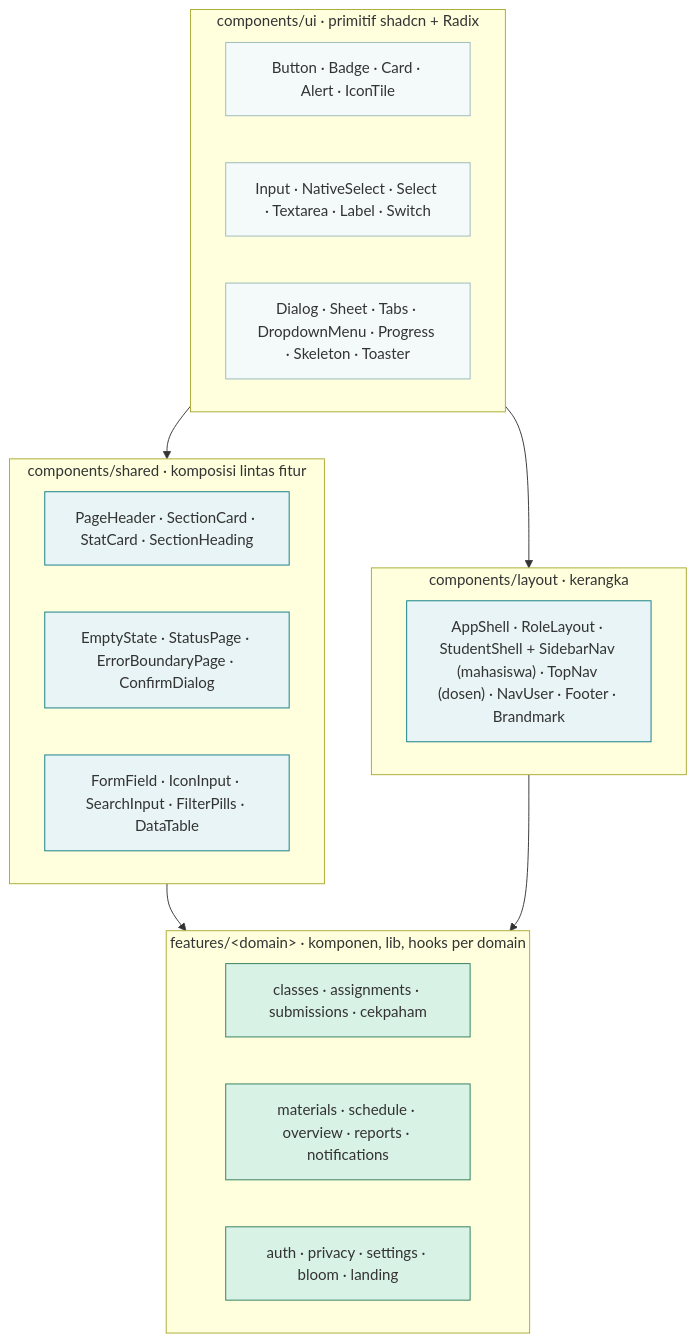
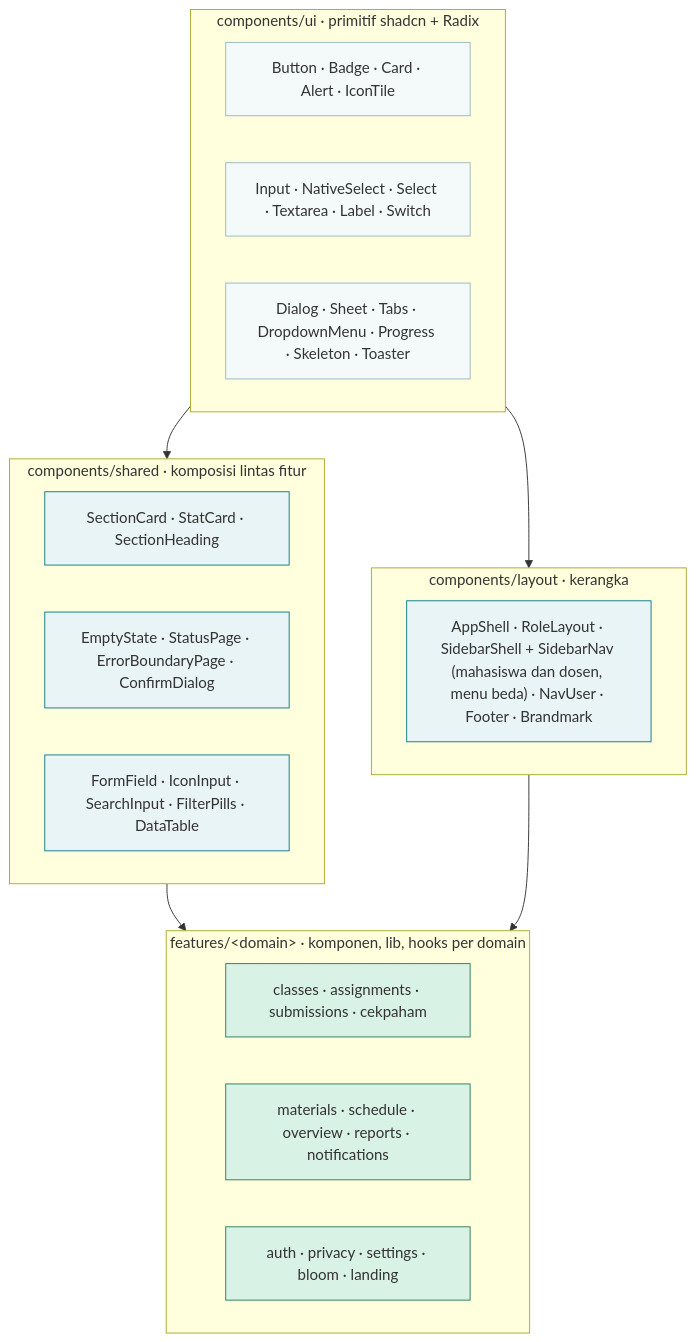
Before and after one commit to FadhRach/ThinkPath: the second of 4 diagrams in diagram/06-design-system.md, drawn with Mermaid. The commit also changed 211 other files, not shown here.

````diff
--- a/diagram/06-design-system.md
+++ b/diagram/06-design-system.md
@@ -105,35 +105,35 @@
 ```mermaid
 flowchart TB
     subgraph P["components/ui · primitif shadcn + Radix"]
         direction LR
         P1["Button · Badge · Card · Alert · IconTile"]
         P2["Input · NativeSelect · Select · Textarea · Label · Switch"]
         P3["Dialog · Sheet · Tabs · DropdownMenu · Progress · Skeleton · Toaster"]
     end
 
     subgraph C["components/shared · komposisi lintas fitur"]
-        C1["PageHeader · SectionCard · StatCard · SectionHeading"]
+        C1["SectionCard · StatCard · SectionHeading"]
         C2["EmptyState · StatusPage · ErrorBoundaryPage · ConfirmDialog"]
         C3["FormField · IconInput · SearchInput · FilterPills · DataTable"]
     end
 
     subgraph L["components/layout · kerangka"]
-        L1["AppShell · RoleLayout · StudentShell + SidebarNav (mahasiswa) · TopNav (dosen) · NavUser · Footer · Brandmark"]
+        L1["AppShell · RoleLayout · SidebarShell + SidebarNav (mahasiswa dan dosen, menu beda) · NavUser · Footer · Brandmark"]
     end
 
     subgraph D["features/&lt;domain&gt; · komponen, lib, hooks per domain"]
         D1["classes · assignments · submissions · cekpaham"]
         D2["materials · schedule · overview · reports · notifications"]
         D3["auth · privacy · settings · bloom · landing"]
     end
 
     P --> C --> D
     P --> L --> D
 
     classDef prim fill:#F4FAFA,stroke:#9AB8BB
     classDef com fill:#E8F4F5,stroke:#0E7C86
     classDef dom fill:#D9F2E6,stroke:#2E7D5B
     class P1,P2,P3 prim
     class C1,C2,C3,L1 com
     class D1,D2,D3 dom
 ```
````
